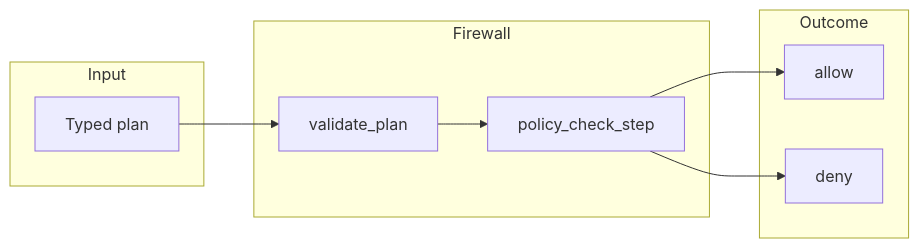
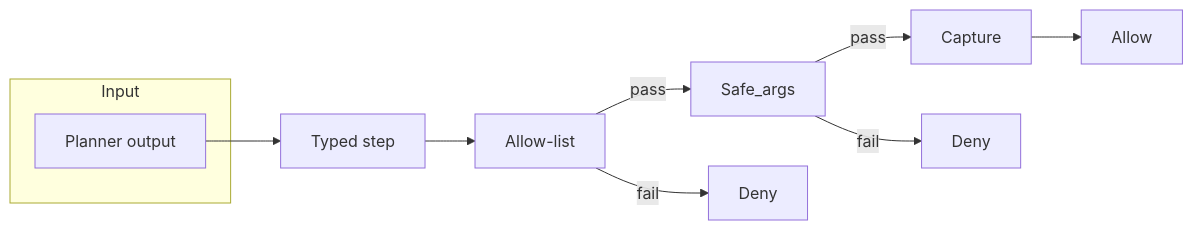
The diagram in docs/figures/p6_firewall_flow.mmd (fraware/labtrust-portfolio), drawn with Mermaid before and after one commit. The commit also changed 108 other files, not shown here.

```diff
--- a/docs/figures/p6_firewall_flow.mmd
+++ b/docs/figures/p6_firewall_flow.mmd
@@ -1,18 +1,19 @@
-%% P6 Typed-plan firewall flow (auto-generated)
-%% Plan -> validate_plan / policy_check_step -> allow | deny
+%% P6 Decision path (auto-generated): planner -> typed step -> allow-list -> safe_args -> capture -> allow/deny
 flowchart LR
-  subgraph input[Input]
-    P[Typed plan]
+  subgraph in[Input]
+    P[Planner output]
   end
-  subgraph firewall[Firewall]
-    V[validate_plan]
-    C[policy_check_step]
-  end
-  subgraph outcome[Outcome]
-    A[allow]
-    D[deny]
-  end
-  P --> V
-  V --> C
-  C --> A
-  C --> D
+  T[Typed step]
+  AL[Allow-list]
+  SA[Safe_args]
+  Cap[Capture]
+  Allow[Allow]
+  Deny1[Deny]
+  Deny2[Deny]
+  P --> T
+  T --> AL
+  AL -->|pass| SA
+  AL -->|fail| Deny1
+  SA -->|pass| Cap
+  SA -->|fail| Deny2
+  Cap --> Allow
```
